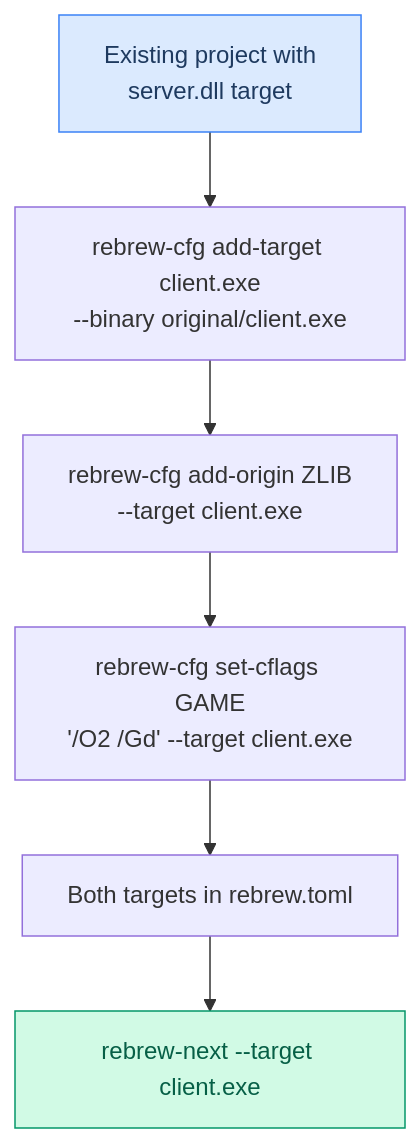
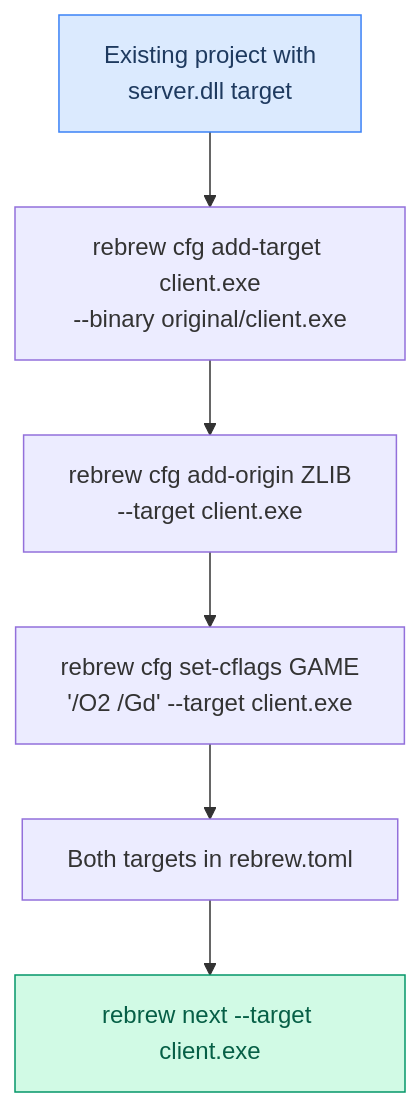
One commit to maci0/rebrew changed the second of 16 diagrams in docs/USER_STORIES.md. Above: the diagram before and after it, drawn with Mermaid. The commit also changed other lines of this file and 16 other files, not shown here.

````diff
--- a/docs/USER_STORIES.md
+++ b/docs/USER_STORIES.md
@@ -58,11 +58,11 @@
 ```mermaid
 graph TD
-    A["Existing project with<br/>server.dll target"] --> B["rebrew-cfg add-target client.exe<br/>--binary original/client.exe"]
-    B --> C["rebrew-cfg add-origin ZLIB<br/>--target client.exe"]
-    C --> D["rebrew-cfg set-cflags GAME<br/>'/O2 /Gd' --target client.exe"]
+    A["Existing project with<br/>server.dll target"] --> B["rebrew cfg add-target client.exe<br/>--binary original/client.exe"]
+    B --> C["rebrew cfg add-origin ZLIB<br/>--target client.exe"]
+    C --> D["rebrew cfg set-cflags GAME<br/>'/O2 /Gd' --target client.exe"]
     D --> E["Both targets in rebrew.toml"]
-    E --> F["rebrew-next --target client.exe"]
+    E --> F["rebrew next --target client.exe"]
 
     style A fill:#dbeafe,stroke:#3b82f6,color:#1e3a5f
     style F fill:#d1fae5,stroke:#059669,color:#065f46
 ```
````
